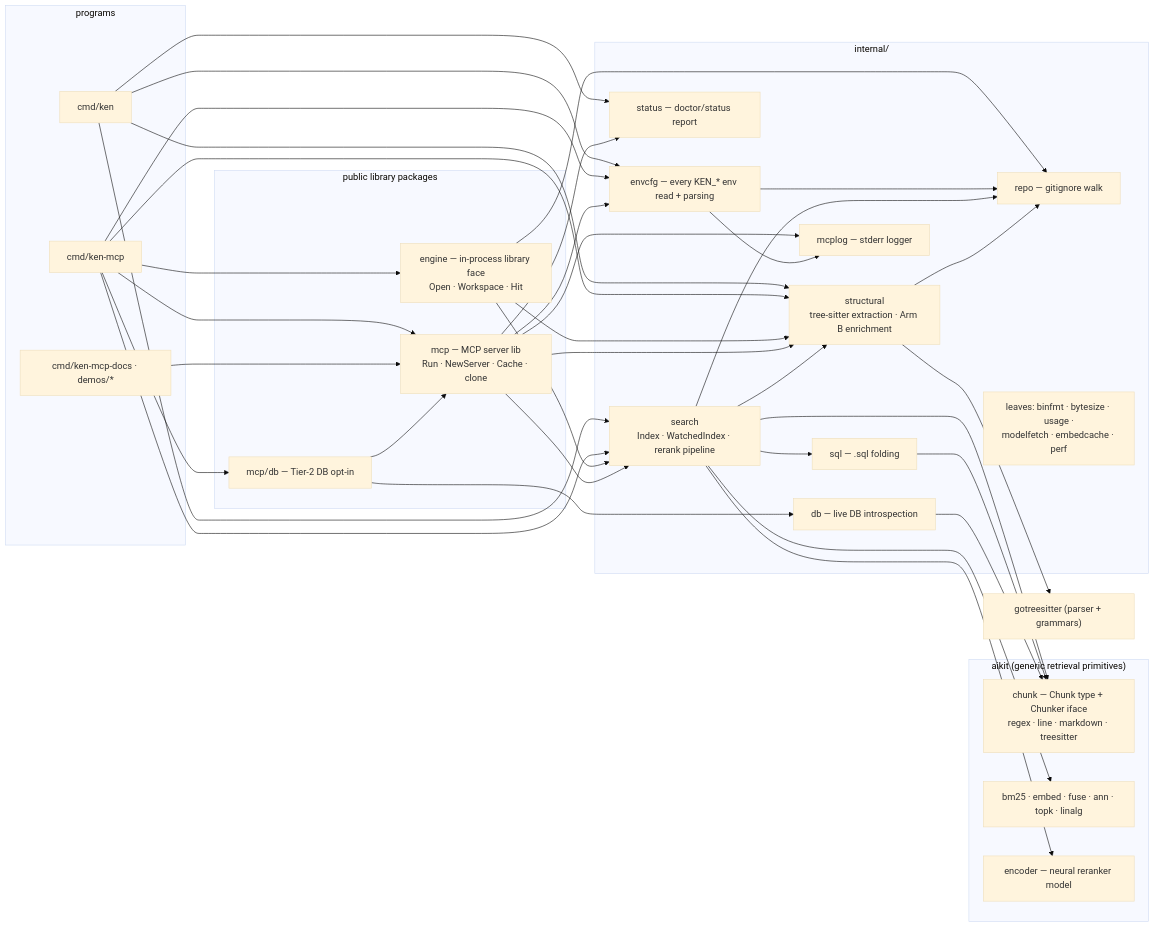
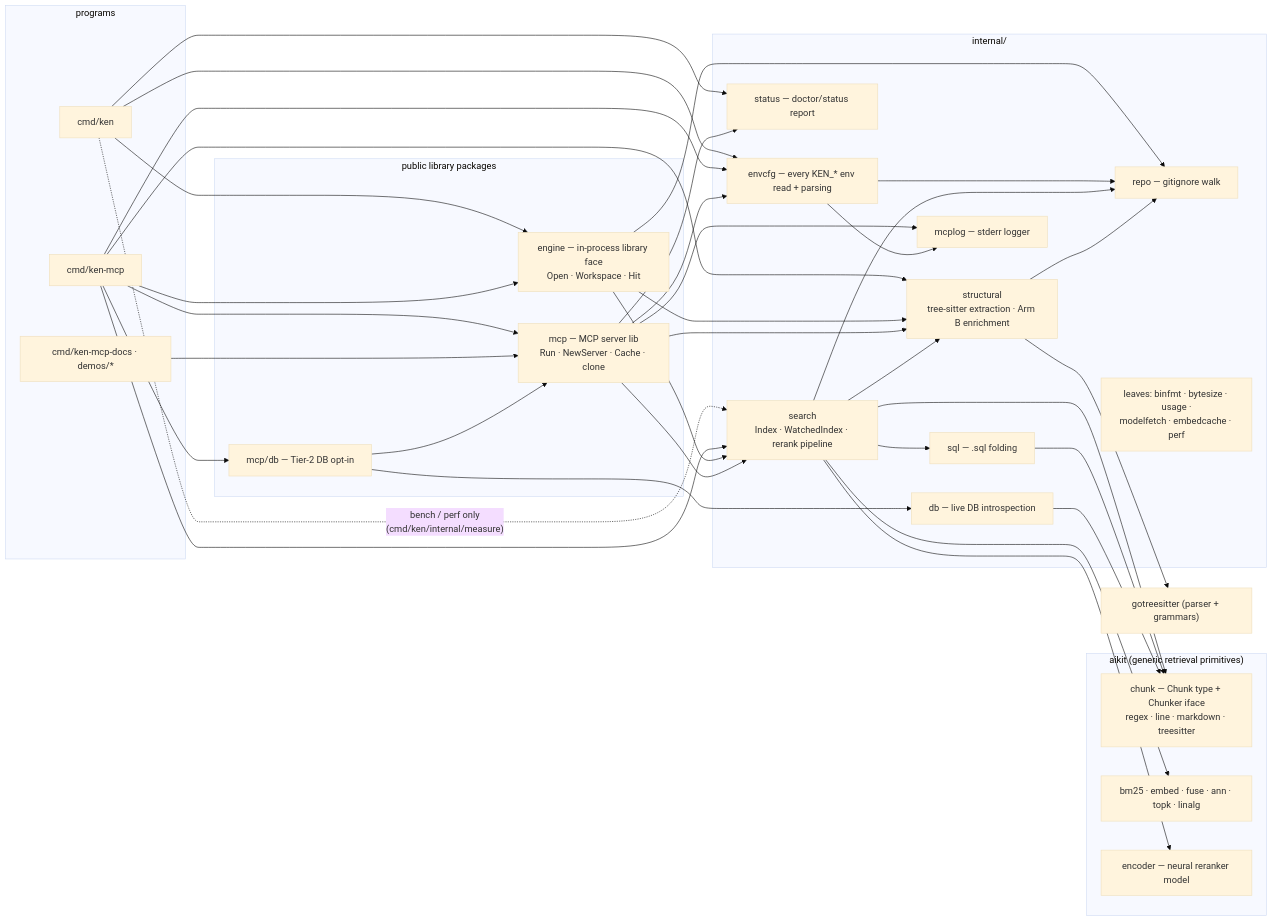
The first of 2 diagrams in ARCHITECTURE.md (townsendmerino/ken), drawn with Mermaid (base theme) before and after one commit. The commit also changed 19 other files, not shown here.

First line of the commit message:
cmd/ken works through engine.Workspace; bench and perf move to a private package

````diff
--- a/ARCHITECTURE.md
+++ b/ARCHITECTURE.md
@@ -15,42 +15,43 @@
 ```mermaid
 graph LR
     subgraph aikit ["aikit (generic retrieval primitives)"]
         chunk["chunk — Chunk type + Chunker iface<br/>regex · line · markdown · treesitter"]
         retr["bm25 · embed · fuse · ann · topk · linalg"]
         encoder["encoder — neural reranker model"]
     end
     gts["gotreesitter (parser + grammars)"]
     subgraph programs ["programs"]
         ken["cmd/ken"]
         kenmcp["cmd/ken-mcp"]
         embedded["cmd/ken-mcp-docs · demos/*"]
     end
     subgraph public ["public library packages"]
         engine["engine — in-process library face<br/>Open · Workspace · Hit"]
         mcppkg["mcp — MCP server lib<br/>Run · NewServer · Cache · clone"]
         mcpdb["mcp/db — Tier-2 DB opt-in"]
     end
     subgraph internal ["internal/"]
         search["search<br/>Index · WatchedIndex · rerank pipeline"]
         structural["structural<br/>tree-sitter extraction · Arm B enrichment"]
         repo["repo — gitignore walk"]
         sqlpkg["sql — .sql folding"]
         dbpkg["db — live DB introspection"]
         status["status — doctor/status report"]
         envcfg["envcfg — every KEN_* env read + parsing"]
         mcplog["mcplog — stderr logger"]
         small["leaves: binfmt · bytesize · usage ·<br/>modelfetch · embedcache · perf"]
     end
-    ken --> search & structural & status & envcfg
+    ken --> engine & status & envcfg
+    ken -. "bench / perf only<br/>(cmd/ken/internal/measure)" .-> search
     kenmcp --> engine & mcppkg & mcpdb & search & structural & envcfg
     embedded --> mcppkg
     engine --> search & structural & repo
     mcppkg --> search & structural & status & mcplog & envcfg
     mcpdb --> mcppkg & dbpkg
     envcfg --> mcplog & repo
     search --> structural & repo & sqlpkg
     structural --> repo
     search --> chunk & retr & encoder
     structural --> gts
     sqlpkg & dbpkg --> chunk
 ```
````
